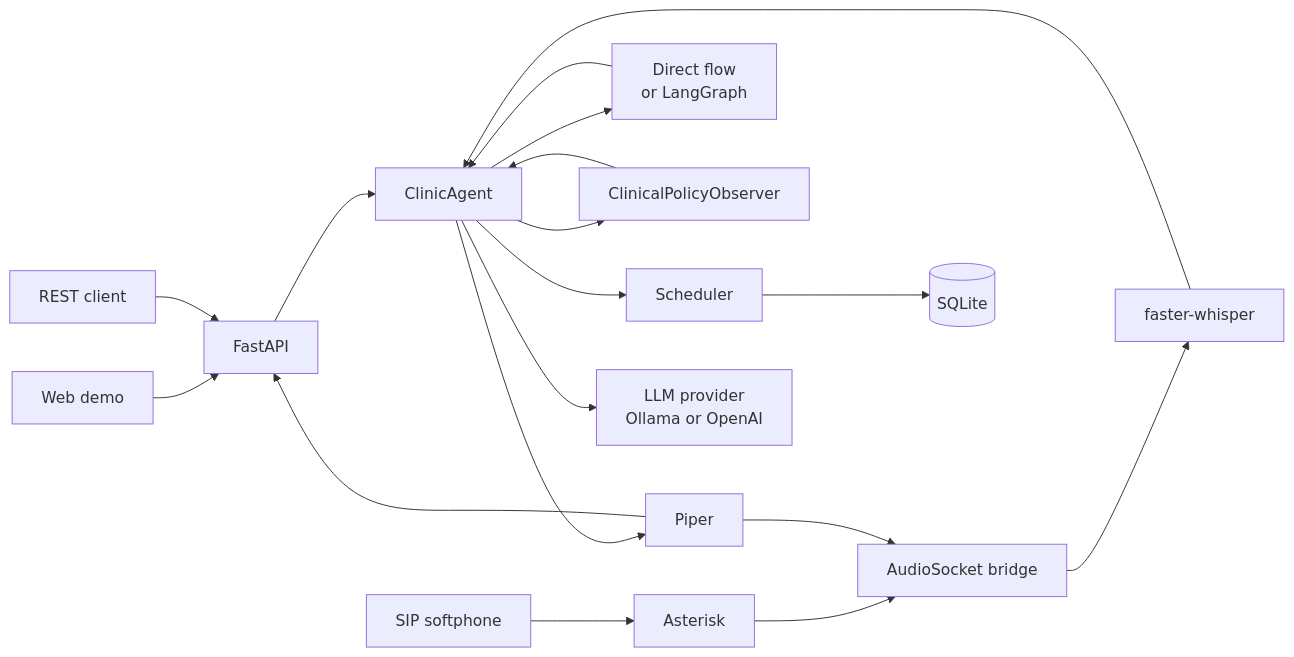
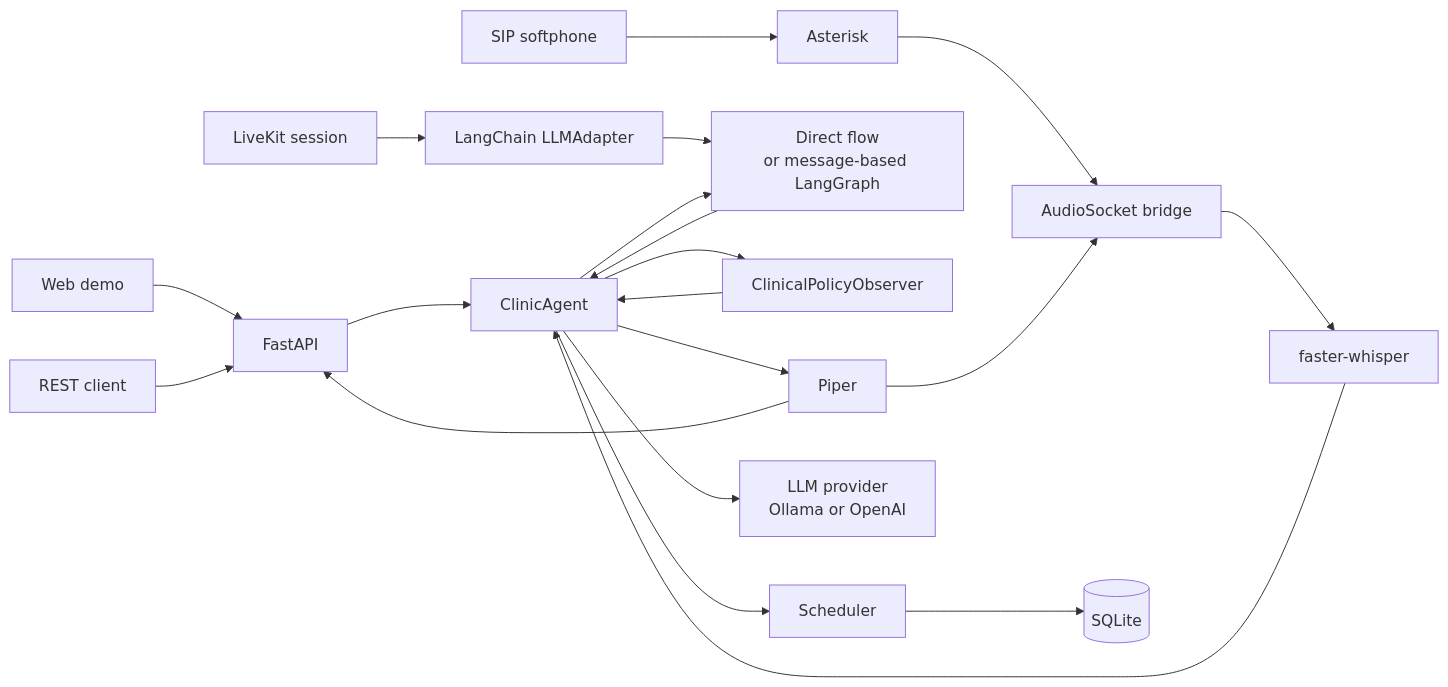
One commit to JotaTerrasa/voiceclinic-local-agent changed the first of 6 diagrams in docs/ARCHITECTURE.md. Above: the diagram before and after it, drawn with Mermaid. The commit also changed other lines of this file and 9 other files, not shown here.

Commit message:
Adapt LangGraph orchestration for LiveKit

````diff
--- a/docs/ARCHITECTURE.md
+++ b/docs/ARCHITECTURE.md
@@ -12,23 +12,25 @@
 ```mermaid
 flowchart LR
   Web["Web demo"] --> API["FastAPI"]
   REST["REST client"] --> API
+  LiveKit["LiveKit session"] --> Adapter["LangChain LLMAdapter"]
   Phone["SIP softphone"] --> Asterisk["Asterisk"]
   Asterisk --> AudioSocket["AudioSocket bridge"]
 
   API --> Agent["ClinicAgent"]
+  Adapter --> Orchestrator
   AudioSocket --> STT["faster-whisper"]
   STT --> Agent
 
-  Agent --> Orchestrator["Direct flow<br/>or LangGraph"]
+  Agent --> Orchestrator["Direct flow<br/>or message-based LangGraph"]
   Orchestrator --> Agent
   Agent --> Observer["ClinicalPolicyObserver"]
   Observer --> Agent
   Agent --> Scheduler["Scheduler"]
   Scheduler --> DB[("SQLite")]
   Agent --> LLM["LLM provider<br/>Ollama or OpenAI"]
   Agent --> TTS["Piper"]
 
   TTS --> API
   TTS --> AudioSocket
 ```
````
